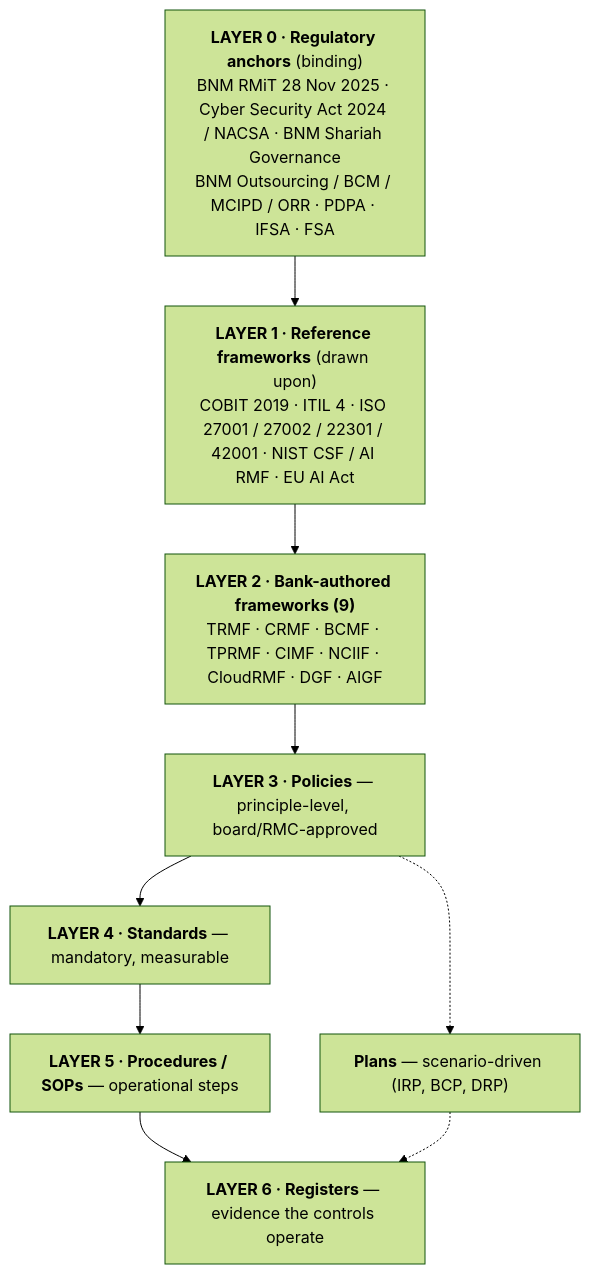
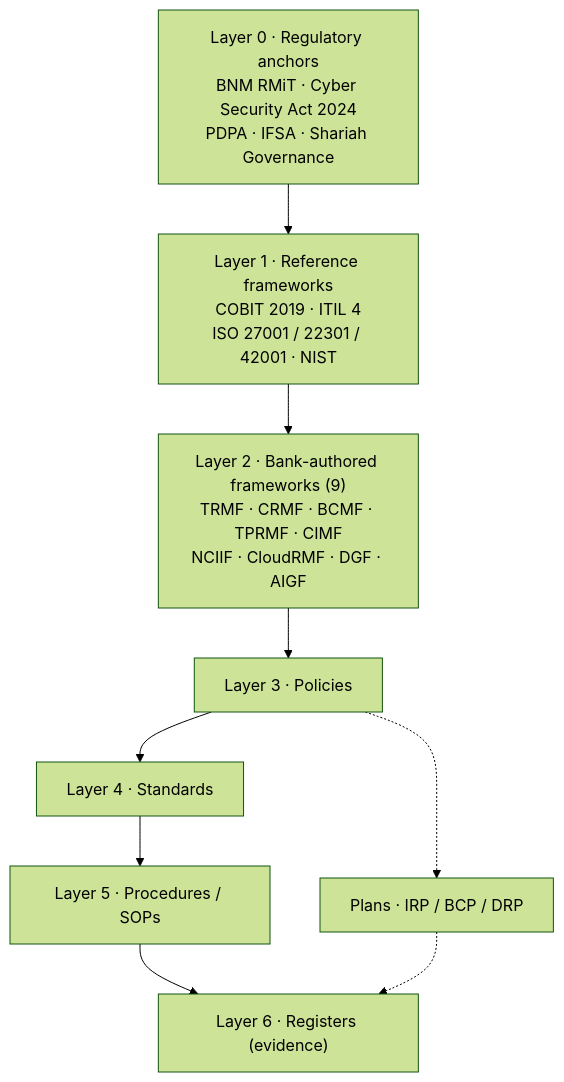
Before and after one commit to dawuds/documentation: the diagram in README.md, drawn with Mermaid (forest theme). The commit also changed other lines of this file and 2 other files, not shown here.

Commit message:
Fix mermaid font cutoff; trim README
Font cutoff in the mermaid diagrams was caused by (1) <b> bold tags
(GitHub under-measures their width and clips) and (2) over-long single
lines inside nodes and edge labels. Fix applied:

- README architecture diagram: removed <b> tags; split long lines so
  each is short
- 00-architecture/architecture.md layer-stack diagram: shortened
  Layer 0 / Layer 1 node labels (were 60-70 char single lines)
- 00-architecture/architecture.md relationships diagram: shortened
  node labels and edge labels; removed self-referential CRMF edge;
  moved the InfoSec sub-framework note to prose beneath
- TRMF structure diagram: split the long component descriptor lines
  across multiple <br/> breaks

README trims per request:
- removed "Where to start" section
- (versions/build status already moved to the bottom in prior commit)

````diff
--- a/README.md
+++ b/README.md
@@ -13,14 +13,14 @@
 ```mermaid
 flowchart TB
-    L0["<b>LAYER 0 · Regulatory anchors</b> (binding)<br/>BNM RMiT 28 Nov 2025 · Cyber Security Act 2024 / NACSA · BNM Shariah Governance<br/>BNM Outsourcing / BCM / MCIPD / ORR · PDPA · IFSA · FSA"]
-    L1["<b>LAYER 1 · Reference frameworks</b> (drawn upon)<br/>COBIT 2019 · ITIL 4 · ISO 27001 / 27002 / 22301 / 42001 · NIST CSF / AI RMF · EU AI Act"]
-    L2["<b>LAYER 2 · Bank-authored frameworks (9)</b><br/>TRMF · CRMF · BCMF · TPRMF · CIMF · NCIIF · CloudRMF · DGF · AIGF"]
-    L3["<b>LAYER 3 · Policies</b> — principle-level, board/RMC-approved"]
-    L4["<b>LAYER 4 · Standards</b> — mandatory, measurable"]
-    L5["<b>LAYER 5 · Procedures / SOPs</b> — operational steps"]
-    PL["<b>Plans</b> — scenario-driven (IRP, BCP, DRP)"]
-    L6["<b>LAYER 6 · Registers</b> — evidence the controls operate"]
+    L0["Layer 0 · Regulatory anchors<br/>BNM RMiT · Cyber Security Act 2024<br/>PDPA · IFSA · Shariah Governance"]
+    L1["Layer 1 · Reference frameworks<br/>COBIT 2019 · ITIL 4<br/>ISO 27001 / 22301 / 42001 · NIST"]
+    L2["Layer 2 · Bank-authored frameworks (9)<br/>TRMF · CRMF · BCMF · TPRMF · CIMF<br/>NCIIF · CloudRMF · DGF · AIGF"]
+    L3["Layer 3 · Policies"]
+    L4["Layer 4 · Standards"]
+    L5["Layer 5 · Procedures / SOPs"]
+    PL["Plans · IRP / BCP / DRP"]
+    L6["Layer 6 · Registers (evidence)"]
 
     L0 --> L1 --> L2 --> L3 --> L4 --> L5 --> L6
     L3 -.-> PL -.-> L6
 ```
````
